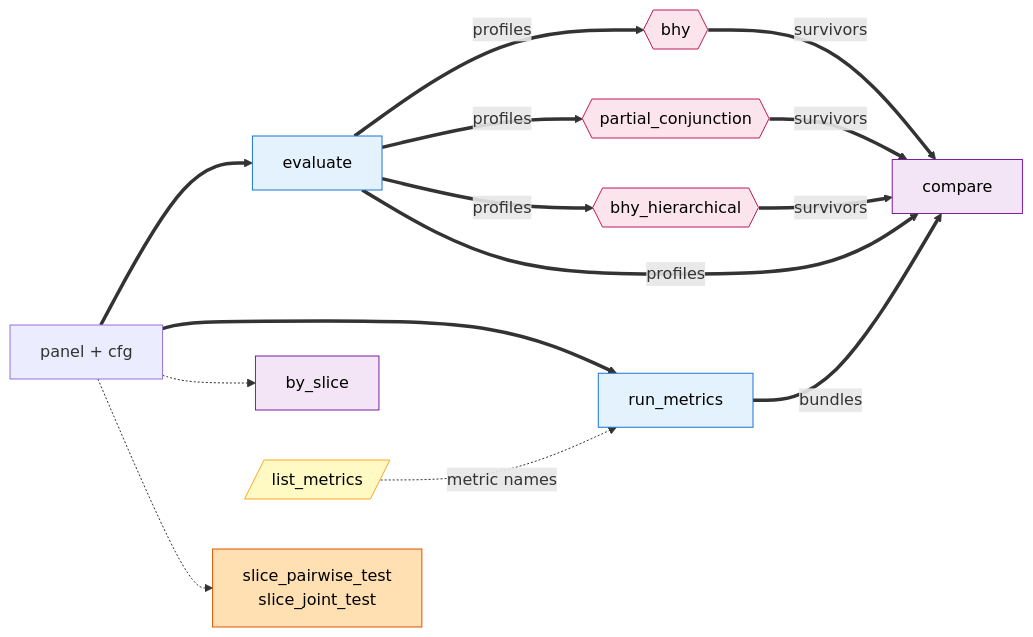
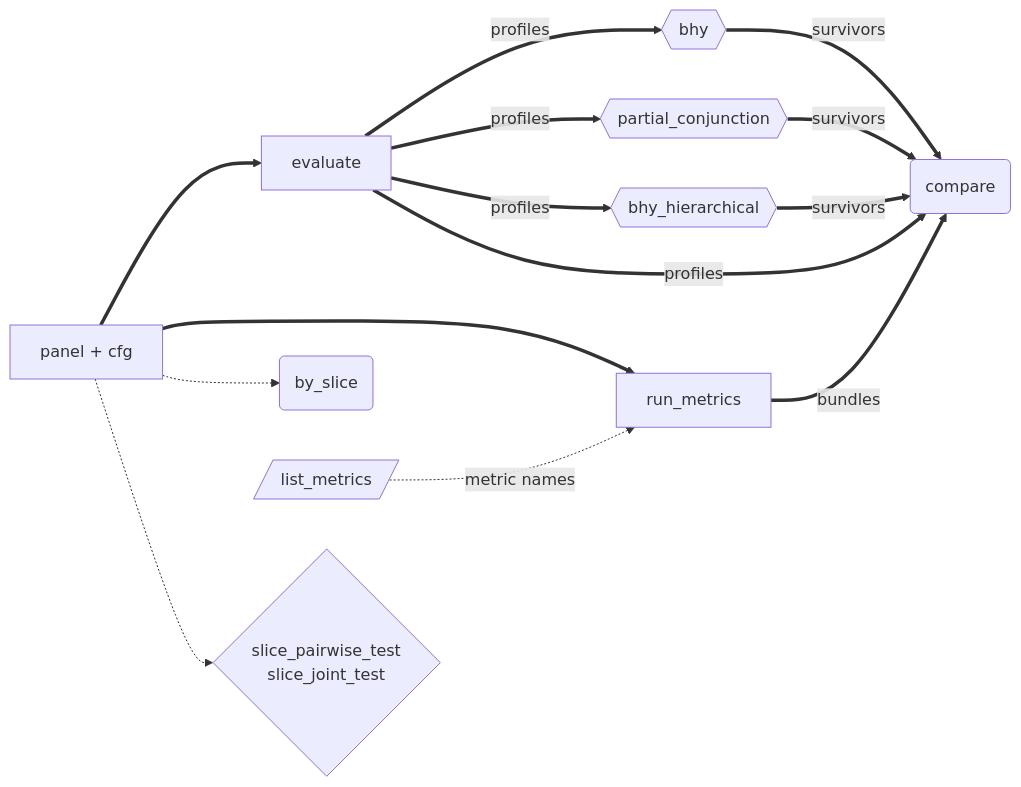
The diagram in docs/api/index.md (awwesomeman/factrix), drawn with Mermaid before and after one commit. The commit also changed other lines of this file, not shown here.

Commit message:
docs(api): mermaid — shape-only category encoding
Drop color (classDef) and switch to shape as the sole category
channel. Five shapes map to the five drawn categories — rectangle
(Compute), hexagon (Screening FDR), diamond (Inference no FDR),
rounded (Descriptive view), parallelogram (Introspection). Sixth
category (Compare-sensitivity, planned v0.14) noted in prose only.

The previous color-only encoding required the legend to list which
APIs lived in which colour, duplicating what the graph already shows;
shape-only collapses the legend to one shape→category row each. Side
benefits: works in print, dark / light theme, and for colour-blind
readers without a redundancy axis.

Refs #164

````diff
--- a/docs/api/index.md
+++ b/docs/api/index.md
@@ -7,48 +7,37 @@
 ```mermaid
 flowchart LR
     P[panel + cfg]
     EV[evaluate]
     RM[run_metrics]
-    BS[by_slice]
-    ST["slice_pairwise_test<br/>slice_joint_test"]
+    BS(by_slice)
+    ST{"slice_pairwise_test<br/>slice_joint_test"}
     BHY{{bhy}}
     PC{{partial_conjunction}}
     BHYH{{bhy_hierarchical}}
     LM[/list_metrics/]
-    CMP[compare]
+    CMP(compare)
 
     P ==> EV
     P ==> RM
     P -.-> BS
     P -.-> ST
     EV ==>|profiles| BHY
     EV ==>|profiles| PC
     EV ==>|profiles| BHYH
     EV ==>|profiles| CMP
     RM ==>|bundles| CMP
     BHY ==>|survivors| CMP
     PC ==>|survivors| CMP
     BHYH ==>|survivors| CMP
     LM -.->|metric names| RM
 
-    classDef compute fill:#e3f2fd,stroke:#1976d2,color:#000
-    classDef screening fill:#fce4ec,stroke:#c2185b,color:#000
-    classDef inference fill:#ffe0b2,stroke:#e65100,color:#000
-    classDef view fill:#f3e5f5,stroke:#7b1fa2,color:#000
-    classDef introspect fill:#fff9c4,stroke:#f9a825,color:#000
-    class EV,RM compute
-    class BHY,PC,BHYH screening
-    class ST inference
-    class BS,CMP view
-    class LM introspect
-
     click EV "evaluate/" "evaluate API"
     click RM "run-metrics/" "run_metrics API"
     click BS "by-slice/" "by_slice API"
     click ST "slice-test/" "slice_pairwise_test / slice_joint_test API"
     click BHY "multi-factor/" "bhy API"
     click PC "partial-conjunction/" "partial_conjunction API"
     click BHYH "bhy-hierarchical/" "bhy_hierarchical API"
     click LM "list-metrics/" "list_metrics API"
     click CMP "compare/" "compare API"
 ```
````
